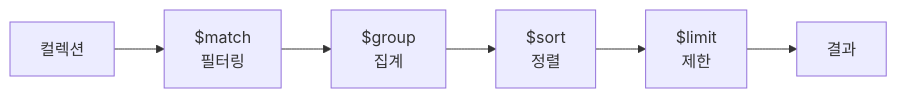
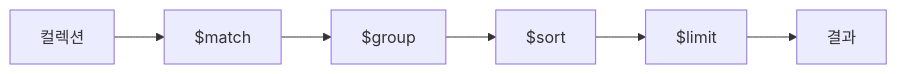
Before and after one commit to yjkim2015/yjkim2015.github.io: the fourth of 7 diagrams in _posts/nosql/2026-05-02-mongodb-deep.md, drawn with Mermaid. The commit also changed other lines of this file and 217 other files, not shown here.

First line of the commit message:
Mermaid 크기 수정: useMaxWidth:true + SVG max-width:100% + 라벨 축소

````diff
--- a/_posts/nosql/2026-05-02-mongodb-deep.md
+++ b/_posts/nosql/2026-05-02-mongodb-deep.md
@@ -238,4 +238,4 @@
 ```mermaid
 graph LR
-    Input["컬렉션"] --> M["$match\n필터링"] --> G["$group\n집계"] --> S["$sort\n정렬"] --> L["$limit\n제한"] --> Output["결과"]
+    Input["컬렉션"] --> M["$match"] --> G["$group"] --> S["$sort"] --> L["$limit"] --> Output["결과"]
 ```
````
